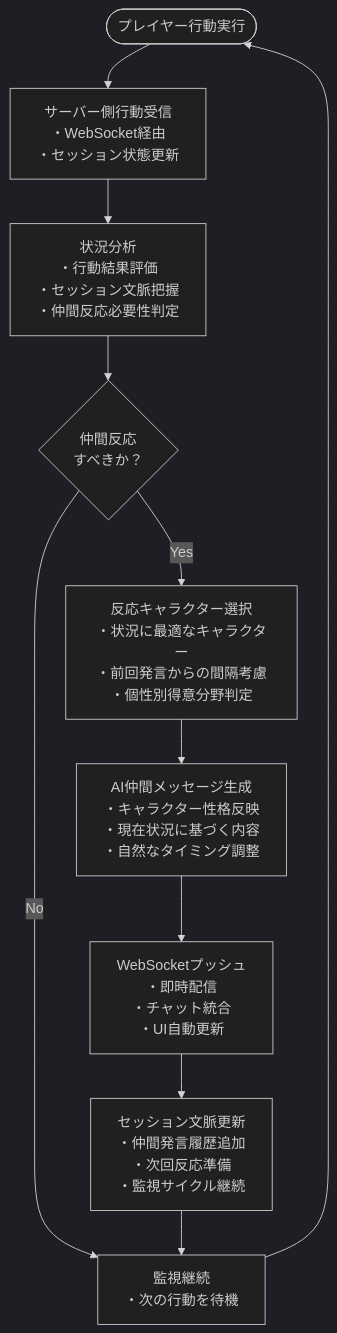
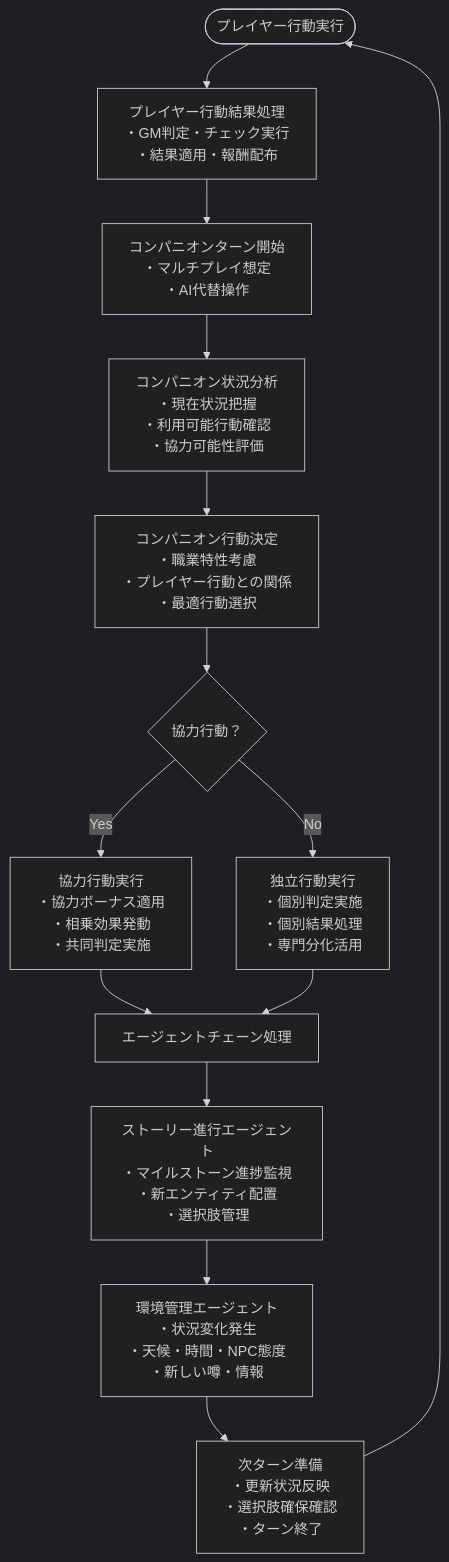
Before and after one commit to nobuyuki-ootake/AIAgentTRPGGM2: the second of 8 diagrams in docs/機能要件定義/TRPGセッション_フロー.md, drawn with Mermaid (dark theme). The commit also changed other lines of this file and 23 other files, not shown here.

````diff
--- a/docs/機能要件定義/TRPGセッション_フロー.md
+++ b/docs/機能要件定義/TRPGセッション_フロー.md
@@ -212,20 +214,26 @@
 ```mermaid
 flowchart TD
-    PlayerAction([プレイヤー行動実行]) --> ServerReceive[サーバー側行動受信<br/>・WebSocket経由<br/>・セッション状態更新]
+    PlayerAction([プレイヤー行動実行]) --> PlayerResult[プレイヤー行動結果処理<br/>・GM判定・チェック実行<br/>・結果適用・報酬配布]
     
-    ServerReceive --> AnalyzeSituation[状況分析<br/>・行動結果評価<br/>・セッション文脈把握<br/>・仲間反応必要性判定]
+    PlayerResult --> CompanionTurn[コンパニオンターン開始<br/>・マルチプレイ想定<br/>・AI代替操作]
     
-    AnalyzeSituation --> ShouldReact{仲間反応<br/>すべきか？}
+    CompanionTurn --> CompanionAnalysis[コンパニオン状況分析<br/>・現在状況把握<br/>・利用可能行動確認<br/>・協力可能性評価]
     
-    ShouldReact -->|Yes| SelectCharacter[反応キャラクター選択<br/>・状況に最適なキャラクター<br/>・前回発言からの間隔考慮<br/>・個性別得意分野判定]
-    ShouldReact -->|No| MonitorContinue[監視継続<br/>・次の行動を待機]
+    CompanionAnalysis --> CompanionDecision[コンパニオン行動決定<br/>・職業特性考慮<br/>・プレイヤー行動との関係<br/>・最適行動選択]
     
-    SelectCharacter --> GenerateMessage[AI仲間メッセージ生成<br/>・キャラクター性格反映<br/>・現在状況に基づく内容<br/>・自然なタイミング調整]
+    CompanionDecision --> CooperationCheck{協力行動？}
     
-    GenerateMessage --> WebSocketPush[WebSocketプッシュ<br/>・即時配信<br/>・チャット統合<br/>・UI自動更新]
+    CooperationCheck -->|Yes| CooperativeAction[協力行動実行<br/>・協力ボーナス適用<br/>・相乗効果発動<br/>・共同判定実施]
+    CooperationCheck -->|No| IndependentAction[独立行動実行<br/>・個別判定実施<br/>・個別結果処理<br/>・専門分化活用]
     
-    WebSocketPush --> UpdateContext[セッション文脈更新<br/>・仲間発言履歴追加<br/>・次回反応準備<br/>・監視サイクル継続]
+    CooperativeAction --> AgentChain[エージェントチェーン処理]
+    IndependentAction --> AgentChain
     
-    UpdateContext --> MonitorContinue
-    MonitorContinue --> PlayerAction
+    AgentChain --> StoryAgent[ストーリー進行エージェント<br/>・マイルストーン進捗監視<br/>・新エンティティ配置<br/>・選択肢管理]
+    
+    StoryAgent --> EnvironmentAgent[環境管理エージェント<br/>・状況変化発生<br/>・天候・時間・NPC態度<br/>・新しい噂・情報]
+    
+    EnvironmentAgent --> NextTurn[次ターン準備<br/>・更新状況反映<br/>・選択肢確保確認<br/>・ターン終了]
+    
+    NextTurn --> PlayerAction
 ```
````
